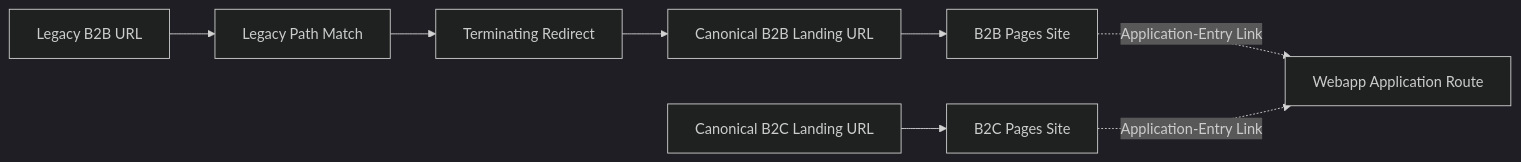
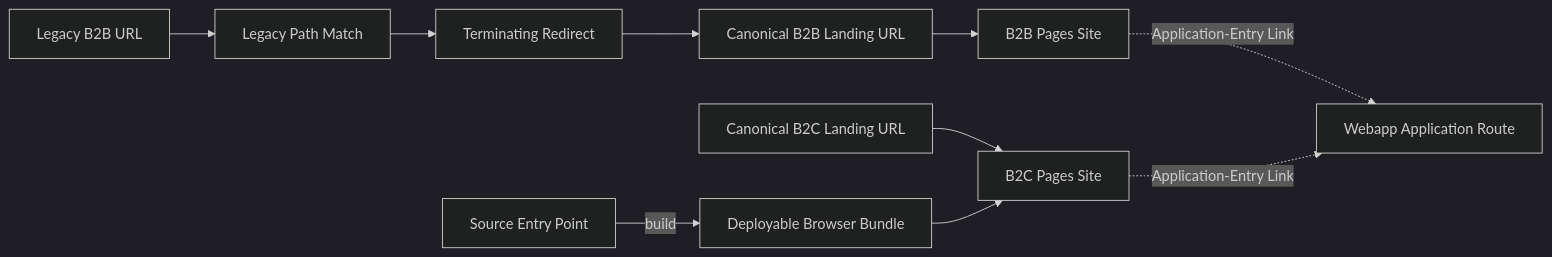
One commit to KSimonnet/likened-b2b changed the diagram in docs/ubiquitous-language/host-migration-cloudflare-redirect-ul.md. Above: the diagram before and after it, drawn with Mermaid (dark theme). The commit also changed other lines of this file and 5 other files, not shown here.

````diff
--- a/docs/ubiquitous-language/host-migration-cloudflare-redirect-ul.md
+++ b/docs/ubiquitous-language/host-migration-cloudflare-redirect-ul.md
@@ -33,10 +37,12 @@
 ```mermaid
 flowchart LR
   legacy[Legacy B2B URL] --> match[Legacy Path Match]
   match --> redirect[Terminating Redirect]
   redirect --> canonical[Canonical B2B Landing URL]
   canonical --> pages[B2B Pages Site]
   pages -. Application-Entry Link .-> webapp[Webapp Application Route]
   b2c[Canonical B2C Landing URL] --> b2cPages[B2C Pages Site]
+  source[Source Entry Point] -->|build| bundle[Deployable Browser Bundle]
+  bundle --> b2cPages
   b2cPages -. Application-Entry Link .-> webapp
 ```
````
